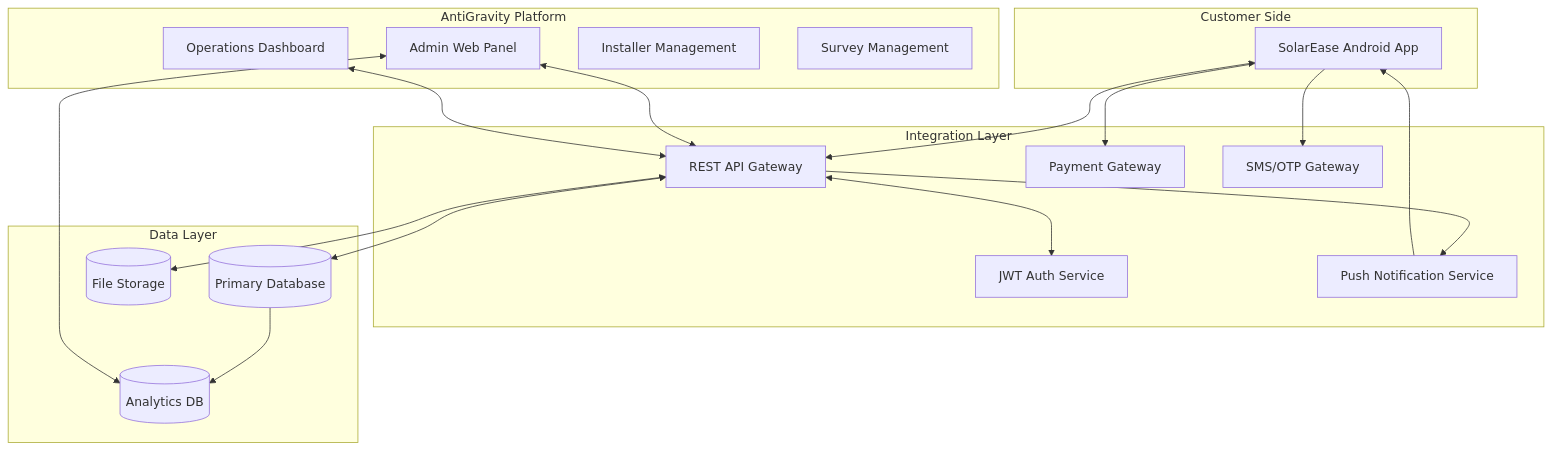
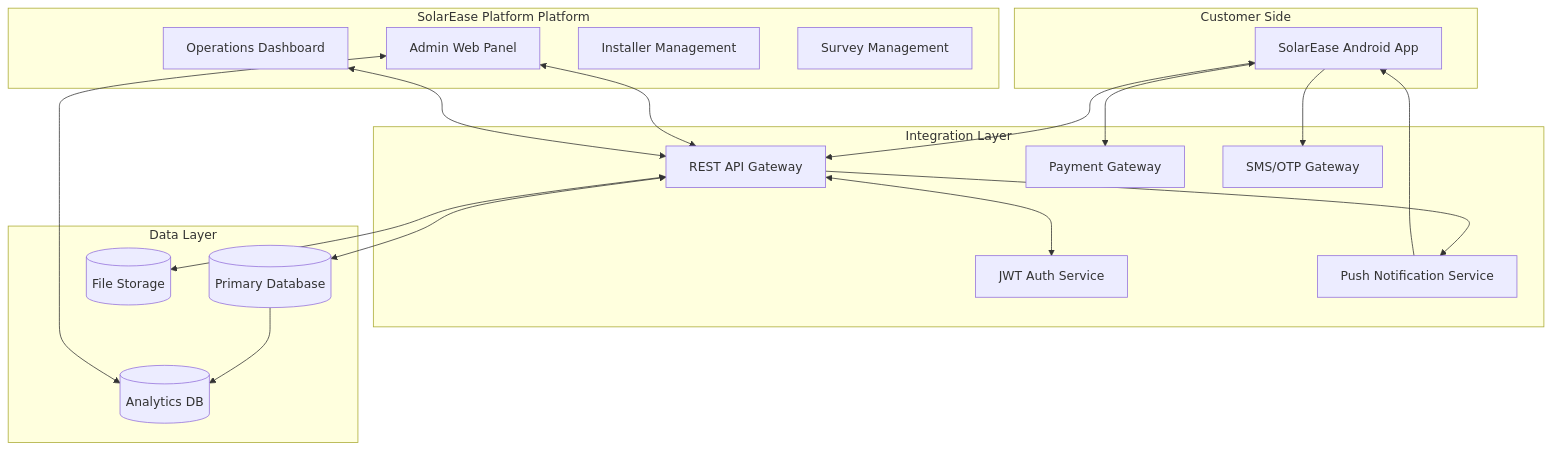
Before and after one commit to sanjai0727/SolarEase: the first of 6 diagrams in README.md, drawn with Mermaid. The commit also changed other lines of this file and 198 other files, not shown here.

Commit message:
chore(audit): finalize production readiness, architecture cleanup, and release pipeline

````diff
--- a/README.md
+++ b/README.md
@@ -103,39 +103,39 @@
 ```mermaid
 graph TB
     subgraph Customer Side
         A[SolarEase Android App]
     end
 
     subgraph Integration Layer
         B[REST API Gateway]
         C[JWT Auth Service]
         D[Push Notification Service]
         E[Payment Gateway]
         F[SMS/OTP Gateway]
     end
 
-    subgraph AntiGravity Platform
+    subgraph SolarEase Platform Platform
         G[Admin Web Panel]
         H[Operations Dashboard]
         I[Installer Management]
         J[Survey Management]
     end
 
     subgraph Data Layer
         K[(Primary Database)]
         L[(File Storage)]
         M[(Analytics DB)]
     end
 
     A <--> B
     B <--> C
     B <--> K
     B <--> L
     G <--> B
     H <--> B
     B --> D --> A
     A --> E
     A --> F
     K --> M
     G <--> M
 ```
````
